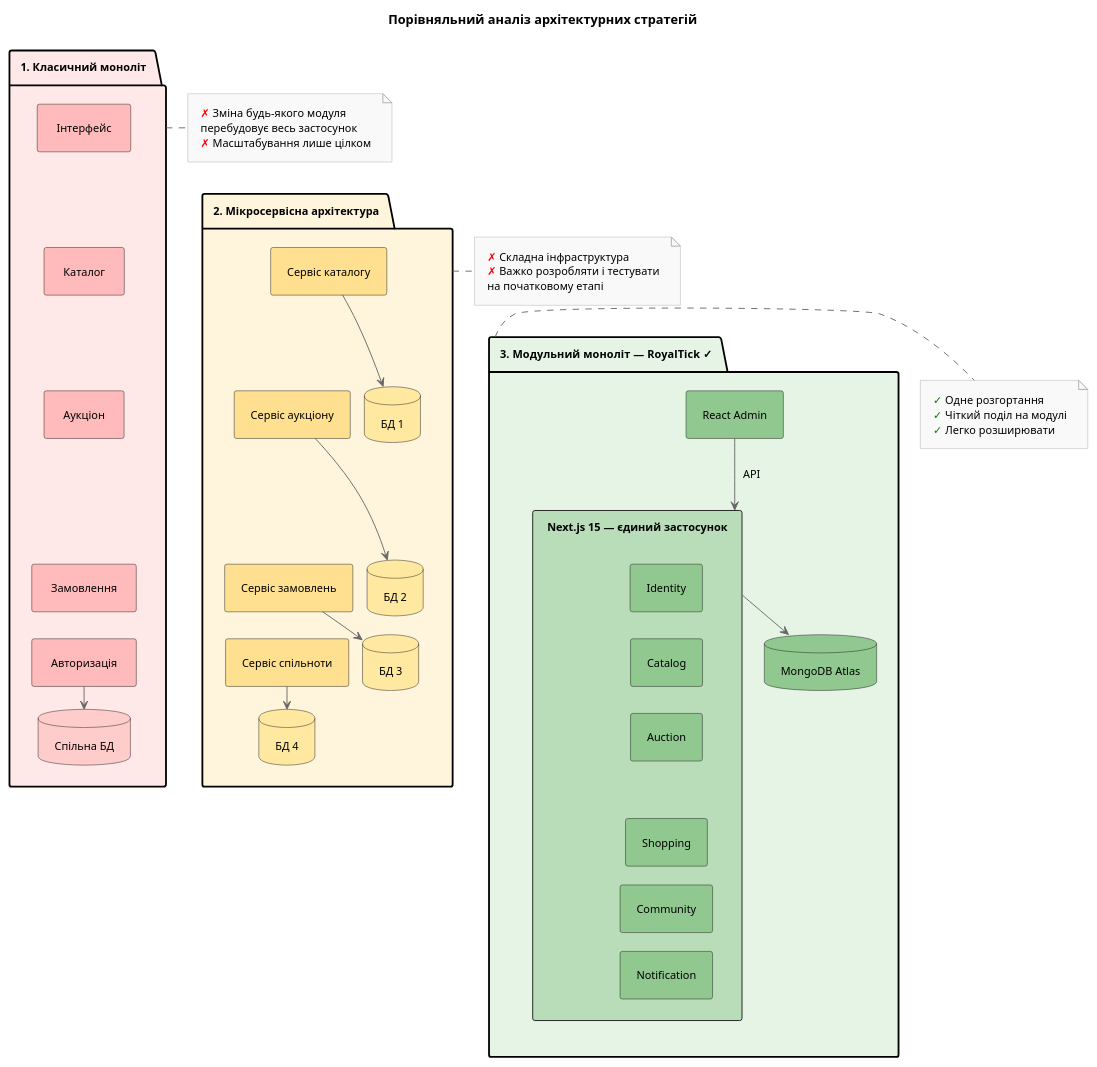
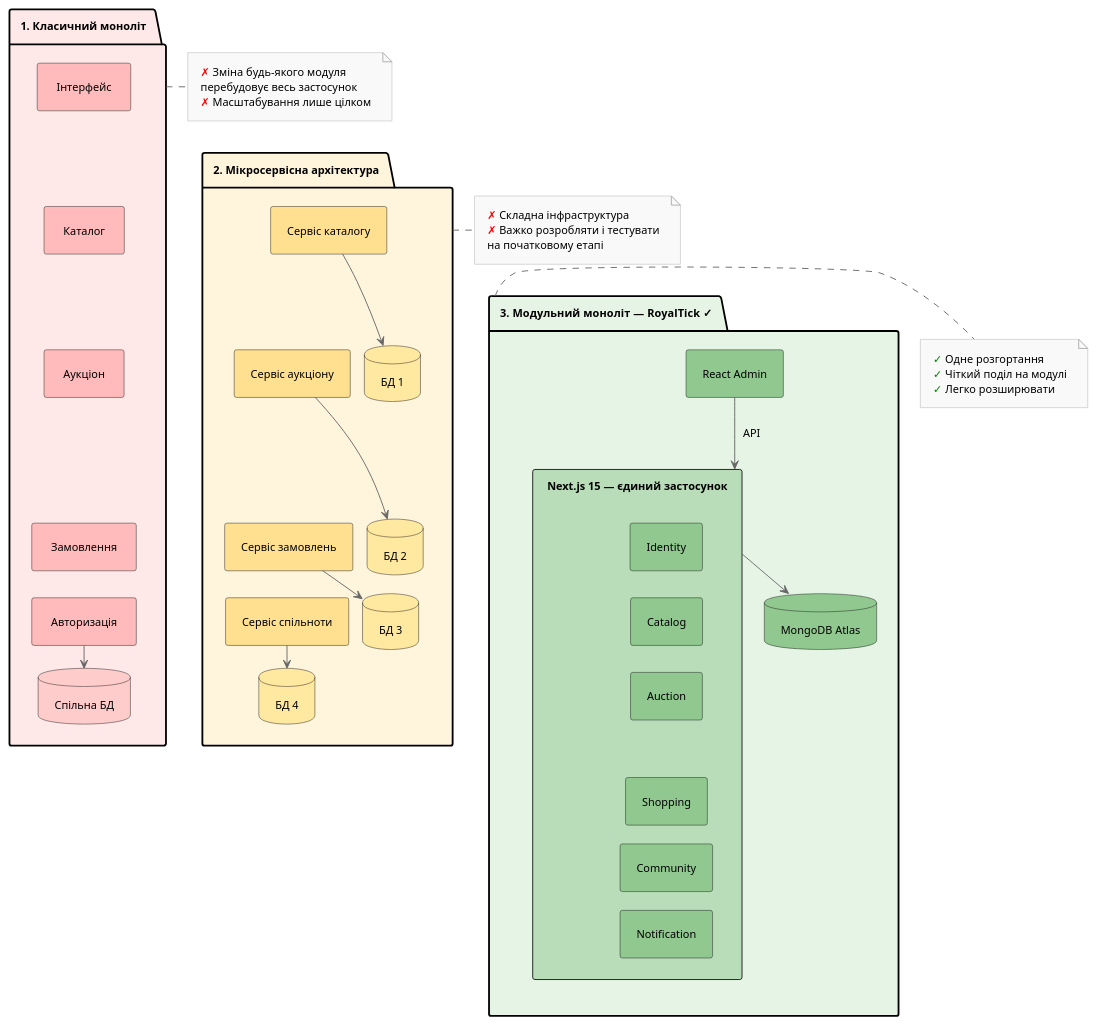
The diagram in diagrams/architecture_comparison.puml (ViktorMinaylenko/RoyalTick), drawn with PlantUML before and after one commit. The commit also changed 82 other files, not shown here.

```diff
--- a/diagrams/architecture_comparison.puml
+++ b/diagrams/architecture_comparison.puml
@@ -1,85 +1,83 @@
 @startuml
 skinparam backgroundColor #FFFFFF
 skinparam defaultFontName Arial
 skinparam defaultFontSize 12
 skinparam componentStyle rectangle
 skinparam padding 8
 skinparam nodesep 15
 skinparam ranksep 20
 skinparam ArrowColor #666666
 skinparam NoteBackgroundColor #F9F9F9
 skinparam NoteBorderColor #AAAAAA
 skinparam packageBorderThickness 2
-
-title Порівняльний аналіз архітектурних стратегій
 
 package "1. Класичний моноліт" as M #FFE8E8 {
   rectangle " Інтерфейс " as ui1 #FFBBBB
   rectangle " Каталог " as cat1 #FFBBBB
   rectangle " Аукціон " as auc1 #FFBBBB
   rectangle " Замовлення " as ord1 #FFBBBB
   rectangle " Авторизація " as auth1 #FFBBBB
   database "Спільна БД" as mdb #FFCCCC
   ui1 -[hidden]-> cat1
   cat1 -[hidden]-> auc1
   auc1 -[hidden]-> ord1
   ord1 -[hidden]-> auth1
   auth1 --> mdb
 }
 note right of M
   <color:red>✗</color> Зміна будь-якого модуля
   перебудовує весь застосунок
   <color:red>✗</color> Масштабування лише цілком
 end note
 
 package "2. Мікросервісна архітектура" as S #FFF5DD {
   component [Сервіс каталогу] as sc #FFE090
   component [Сервіс аукціону] as sa #FFE090
   component [Сервіс замовлень] as so #FFE090
   component [Сервіс спільноти] as ss #FFE090
   database "БД 1" as db1 #FFE8A0
   database "БД 2" as db2 #FFE8A0
   database "БД 3" as db3 #FFE8A0
   database "БД 4" as db4 #FFE8A0
   sc --> db1
   sa --> db2
   so --> db3
   ss --> db4
   sc -[hidden]-> sa
   sa -[hidden]-> so
   so -[hidden]-> ss
 }
 note right of S
   <color:red>✗</color> Складна інфраструктура
   <color:red>✗</color> Важко розробляти і тестувати
   на початковому етапі
 end note
 
 package "3. Модульний моноліт — RoyalTick  ✓" as R #E6F4E6 {
   rectangle "Next.js 15 — єдиний застосунок" as app #B8DDB8 {
     component [Identity] as rid #90C890
     component [Catalog] as rcat #90C890
     component [Auction] as rauc #90C890
     component [Shopping] as rshop #90C890
     component [Community] as rcom #90C890
     component [Notification] as rnotif #90C890
     rid -[hidden]-> rcat
     rcat -[hidden]-> rauc
     rauc -[hidden]-> rshop
     rshop -[hidden]-> rcom
     rcom -[hidden]-> rnotif
   }
   component [React Admin] as radmin #90C890
   database "MongoDB Atlas" as rdb #90C890
   app --> rdb
   radmin --> app : API
 }
 note right of R
   <color:green>✓</color> Одне розгортання
   <color:green>✓</color> Чіткий поділ на модулі
   <color:green>✓</color> Легко розширювати
 end note
 
 M -[hidden]-> S
 S -[hidden]-> R
 @enduml
```
